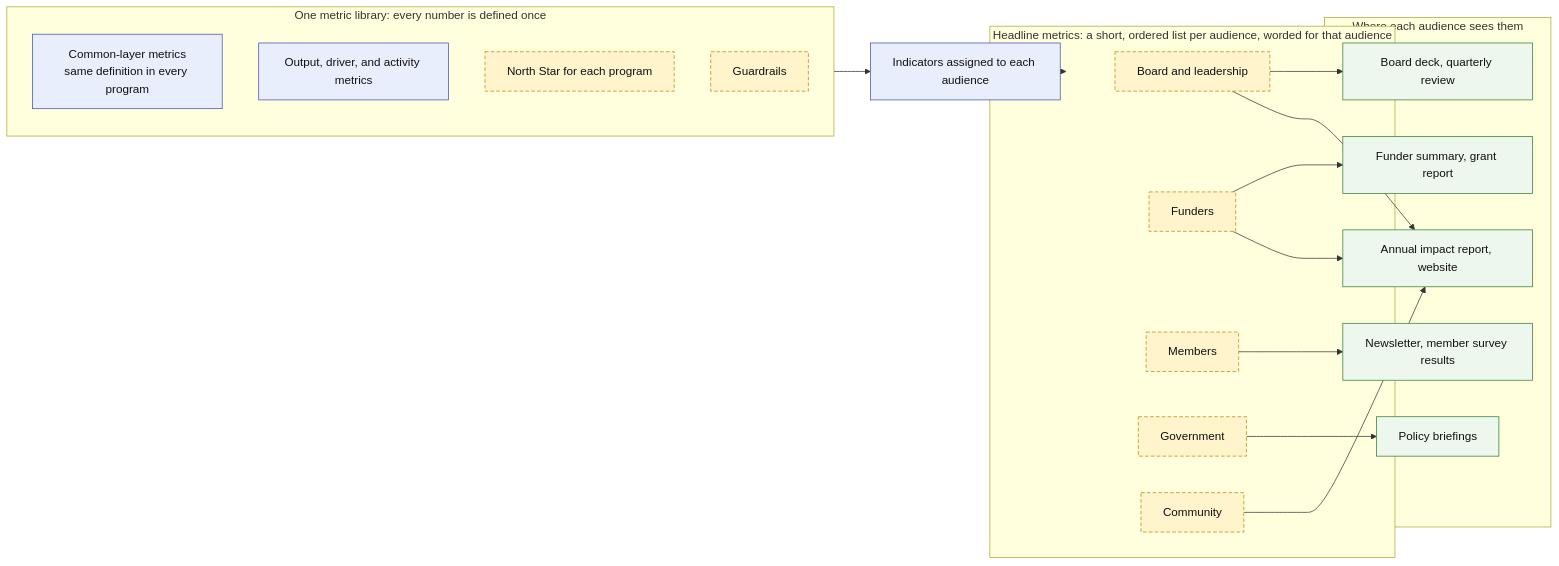
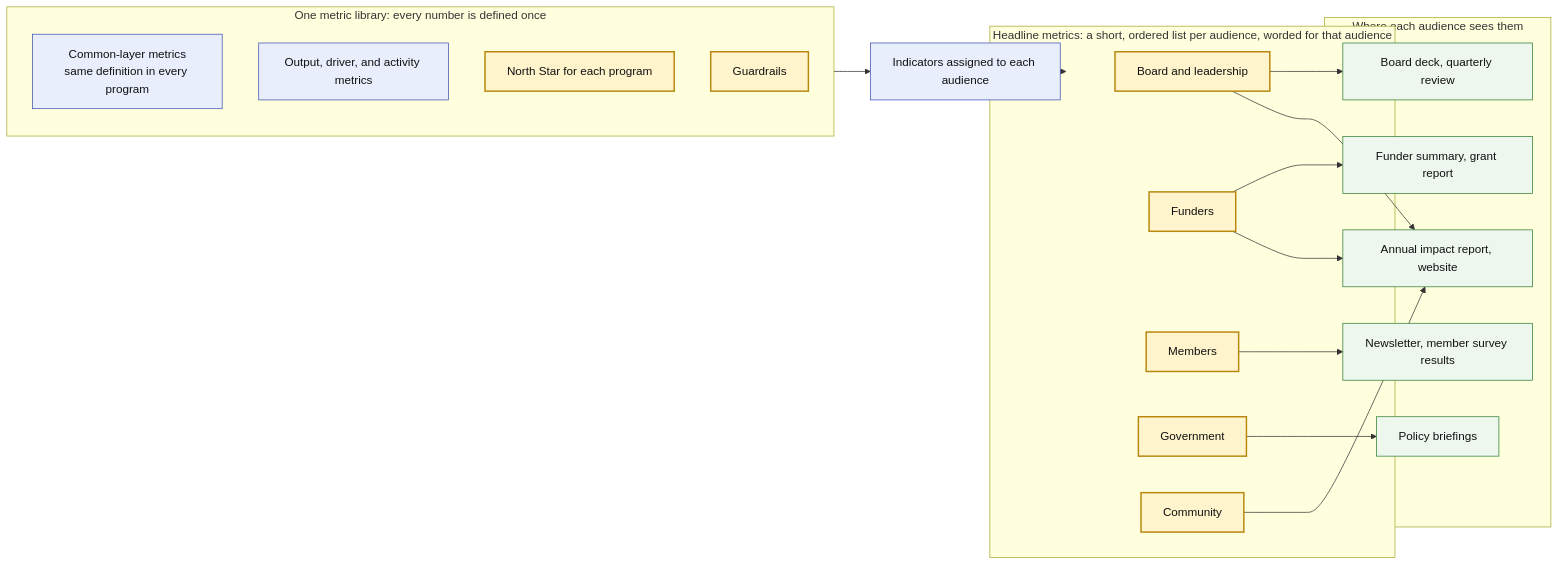
The third of 3 diagrams in README.md (ProductBuildersHQ/theoryofchange-spec), drawn with Mermaid before and after one commit. The commit also changed other lines of this file and 1 other file, not shown here.

First line of the commit message:
docs: show the metric chain diagrams as available today

````diff
--- a/README.md
+++ b/README.md
@@ -153,40 +153,40 @@
 ```mermaid
 flowchart LR
   classDef metric fill:#e8eefc,stroke:#3f51b5,color:#111
-  classDef planned fill:#fff4cc,stroke:#b8860b,stroke-dasharray: 5 3,color:#111
+  classDef focus fill:#fff4cc,stroke:#b8860b,stroke-width:2px,color:#111
   classDef out fill:#eef7ee,stroke:#2e7d32,color:#111
 
   subgraph lib["One metric library: every number is defined once"]
     common["Common-layer metrics<br/>same definition in every program"]:::metric
     drivers["Output, driver, and activity metrics"]:::metric
-    ns["North Star for each program"]:::planned
-    gr["Guardrails"]:::planned
+    ns["North Star for each program"]:::focus
+    gr["Guardrails"]:::focus
   end
 
   assigned["Indicators assigned to each audience"]:::metric
   lib --> assigned
 
   subgraph head["Headline metrics: a short, ordered list per audience, worded for that audience"]
-    hb["Board and leadership"]:::planned
-    hf["Funders"]:::planned
-    hm["Members"]:::planned
-    hg["Government"]:::planned
-    hc["Community"]:::planned
+    hb["Board and leadership"]:::focus
+    hf["Funders"]:::focus
+    hm["Members"]:::focus
+    hg["Government"]:::focus
+    hc["Community"]:::focus
   end
   assigned --> head
 
   subgraph channels["Where each audience sees them"]
     cb["Board deck, quarterly review"]:::out
     cf["Funder summary, grant report"]:::out
     cm["Newsletter, member survey results"]:::out
     cg["Policy briefings"]:::out
     cc["Annual impact report, website"]:::out
   end
   hb --> cb
   hf --> cf
   hm --> cm
   hg --> cg
   hc --> cc
   hf --> cc
   hb --> cc
 ```
````
